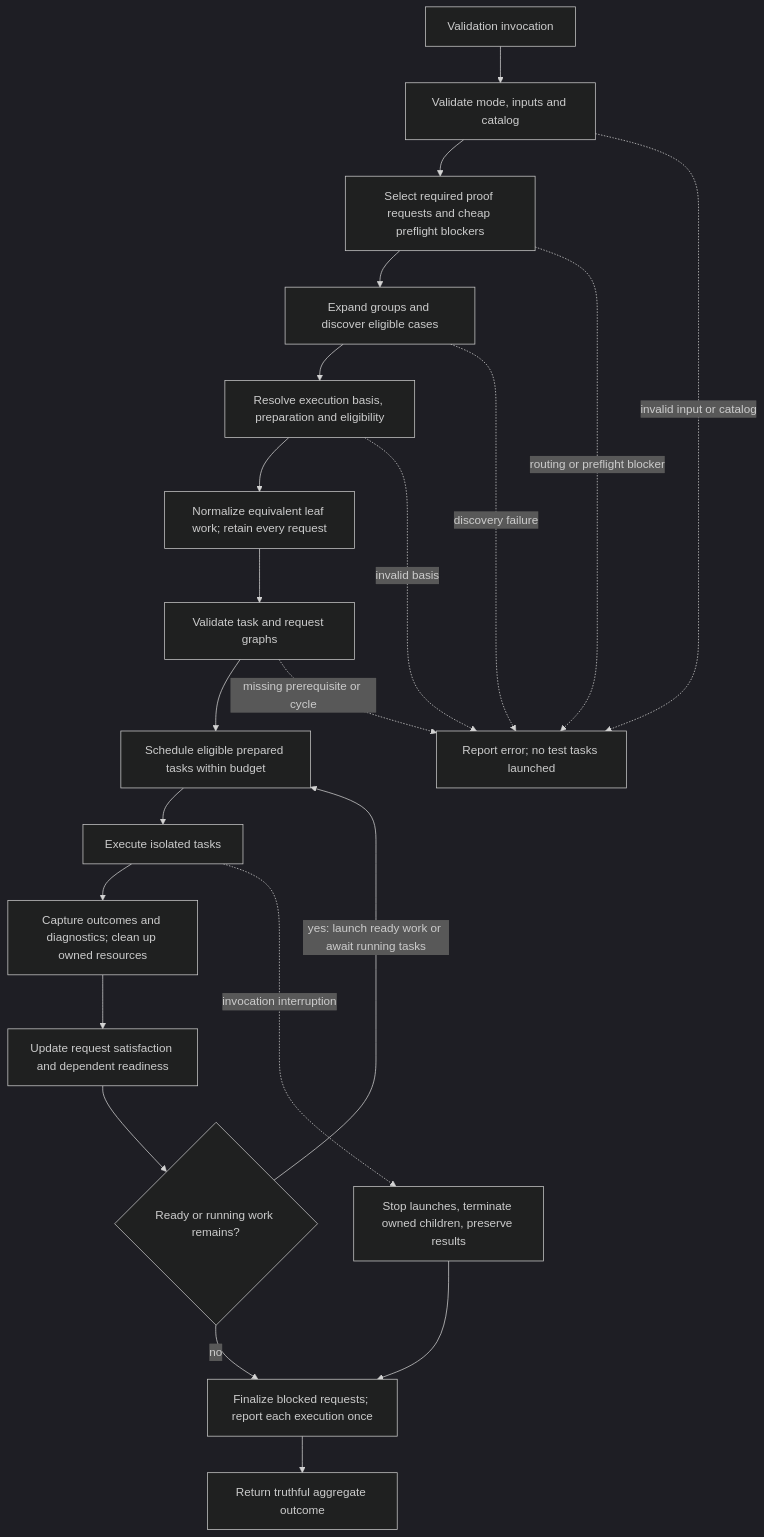
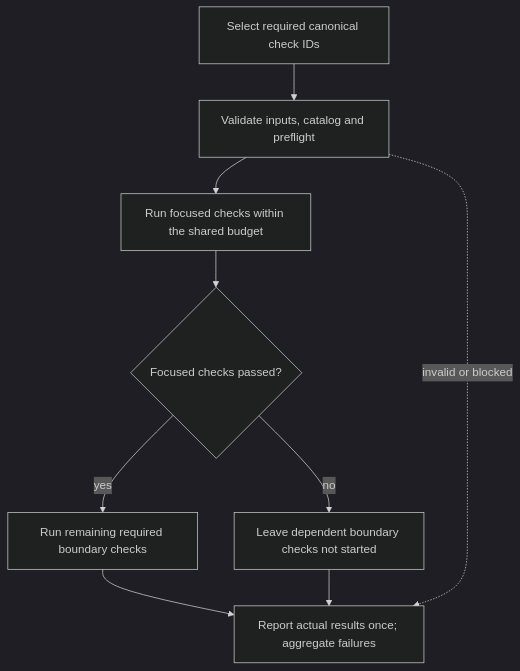
One commit to xiongxianfei/rigorloop changed the second of 2 diagrams in docs/design/engineering/validation.md. Above: the diagram before and after it, drawn with Mermaid (dark theme). The commit also changed other lines of this file and 2 other files, not shown here.

Commit message:
design: simplify validation to canonical checks and one executor

````diff
--- a/docs/design/engineering/validation.md
+++ b/docs/design/engineering/validation.md
@@ -130,24 +105,11 @@
 ```mermaid
 flowchart TB
-    Start["Validation invocation"] --> Inputs["Validate mode, inputs and catalog"]
-    Inputs --> Select["Select required proof requests and cheap preflight blockers"]
-    Select --> Expand["Expand groups and discover eligible cases"]
-    Expand --> Resolve["Resolve execution basis, preparation and eligibility"]
-    Resolve --> Share["Normalize equivalent leaf work; retain every request"]
-    Share --> Check["Validate task and request graphs"]
-    Check --> Schedule["Schedule eligible prepared tasks within budget"]
-    Schedule --> Run["Execute isolated tasks"]
-    Run --> Collect["Capture outcomes and diagnostics; clean up owned resources"]
-    Collect --> Update["Update request satisfaction and dependent readiness"]
-    Update --> More{"Ready or running work remains?"}
-    More -->|"yes: launch ready work or await running tasks"| Schedule
-    More -->|"no"| Report["Finalize blocked requests; report each execution once"]
-    Report --> Finish["Return truthful aggregate outcome"]
-    Inputs -.->|"invalid input or catalog"| Reject["Report error; no test tasks launched"]
-    Select -.->|"routing or preflight blocker"| Reject
-    Expand -.->|"discovery failure"| Reject
-    Resolve -.->|"invalid basis"| Reject
-    Check -.->|"missing prerequisite or cycle"| Reject
-    Run -.->|"invocation interruption"| Cleanup["Stop launches, terminate owned children, preserve results"]
-    Cleanup --> Report
+    Select["Select required canonical check IDs"] --> Preflight["Validate inputs, catalog and preflight"]
+    Preflight --> Focused["Run focused checks within the shared budget"]
+    Focused --> Gate{"Focused checks passed?"}
+    Gate -->|"yes"| Boundary["Run remaining required boundary checks"]
+    Gate -->|"no"| Blocked["Leave dependent boundary checks not started"]
+    Boundary --> Report["Report actual results once; aggregate failures"]
+    Blocked --> Report
+    Preflight -.->|"invalid or blocked"| Report
 ```
````
